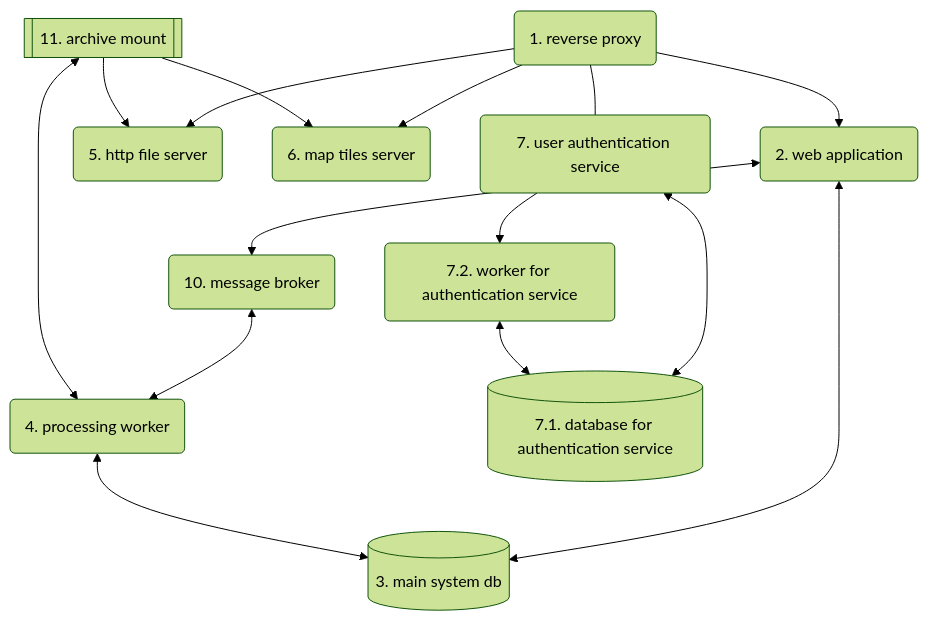
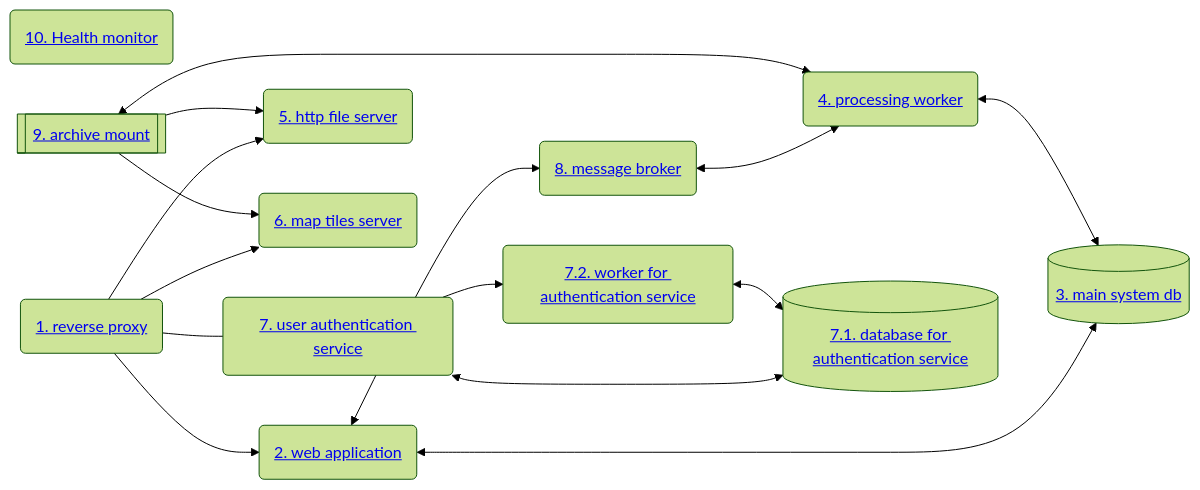
One commit to NaturalGIS/seis-lab-data changed the diagram in docs/admin-guide.md. Above: the diagram before and after it, drawn with Mermaid (forest theme). The commit also changed other lines of this file, not shown here.

````diff
--- a/docs/admin-guide.md
+++ b/docs/admin-guide.md
@@ -18,28 +238,29 @@
 ```mermaid
-flowchart TD
-    rev-proxy(1. reverse proxy)
-    webapp(2. web application)
-    db[(3. main system db)]
-    proc-worker(4. processing worker)
-    file-server(5. http file server)
-    tile-server(6. map tiles server)
-    auth-webapp(7. user authentication service)
-    auth-db[(7.1. database for authentication service)]
-    auth-worker(7.2. worker for authentication service)
-    message-broker(10. message broker)
-    arch[[11. archive mount]]
+flowchart LR
+    monitor(<a href="#10-health-monitor-component">10. Health monitor</a>)
+    rev-proxy(<a href="#1-reverse-proxy-component">1. reverse proxy</a>)
+    webapp(<a href="#2-web-application-component">2. web application</a>)
+    db[(<a href="#3-main-system-db-component">3. main system db</a>)]
+    proc-worker(<a href="#4-processing-worker-component">4. processing worker</a>)
+    file-server(<a href="#5-http-file-server-component">5. http file server</a>)
+    tile-server(<a href="#6-map-tiles-server-component">6. map tiles server</a>)
+    auth-webapp(<a href="#7-user-authentication-service-component">7. user authentication service</a>)
+    auth-db[(<a href="#71-database-for-authentication-service-component">7.1. database for authentication service</a>)]
+    auth-worker(<a href="#72-worker-for-authentication-service-component">7.2. worker for authentication service</a>)
+    message-broker(<a href="#8-message-broker-component">8. message broker</a>)
+    arch[[<a href="#9-archive-mount-component">9. archive mount</a>]]
     rev-proxy --> webapp
     rev-proxy --> file-server
     rev-proxy --> tile-server
     rev-proxy --- auth-webapp
     auth-webapp <--> auth-db
     auth-webapp --> auth-worker
     auth-worker <--> auth-db
     webapp <--> db
     proc-worker <--> db
     webapp <--> message-broker
     message-broker <--> proc-worker
     arch --> file-server
     arch --> tile-server
     arch <--> proc-worker
 ```
````
